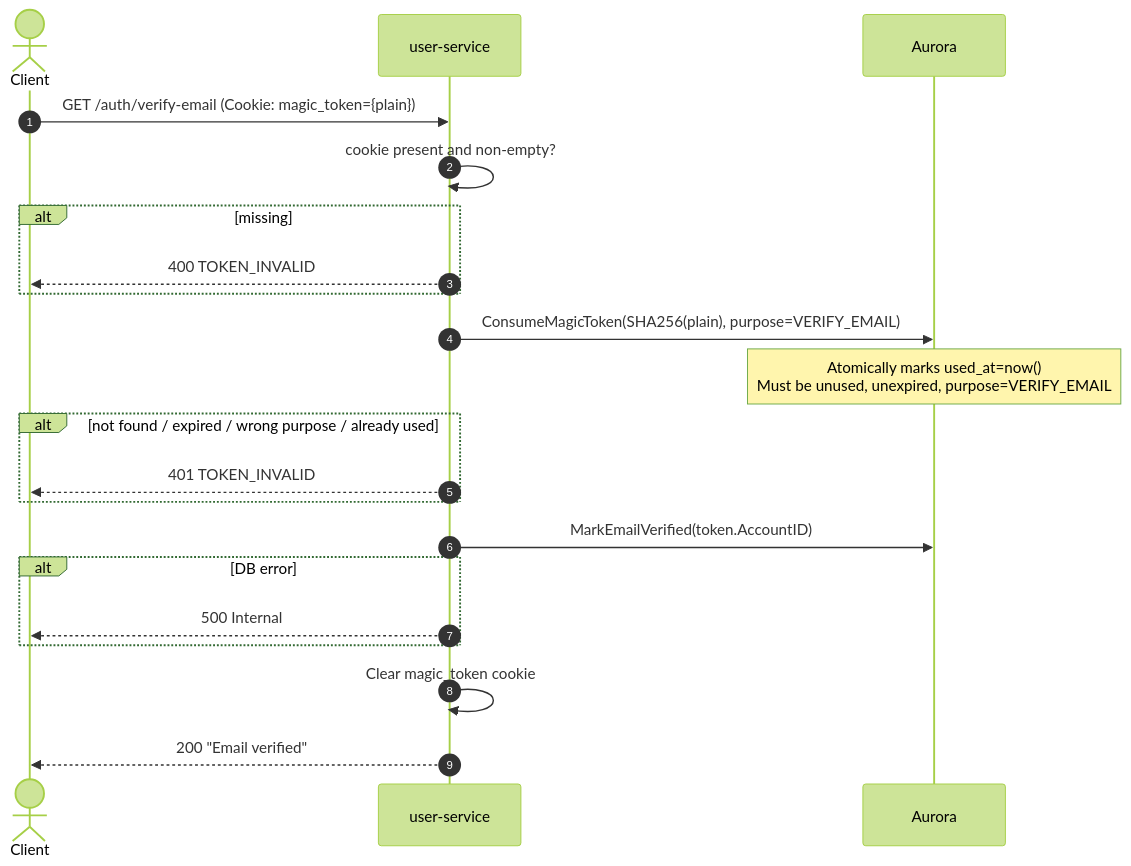
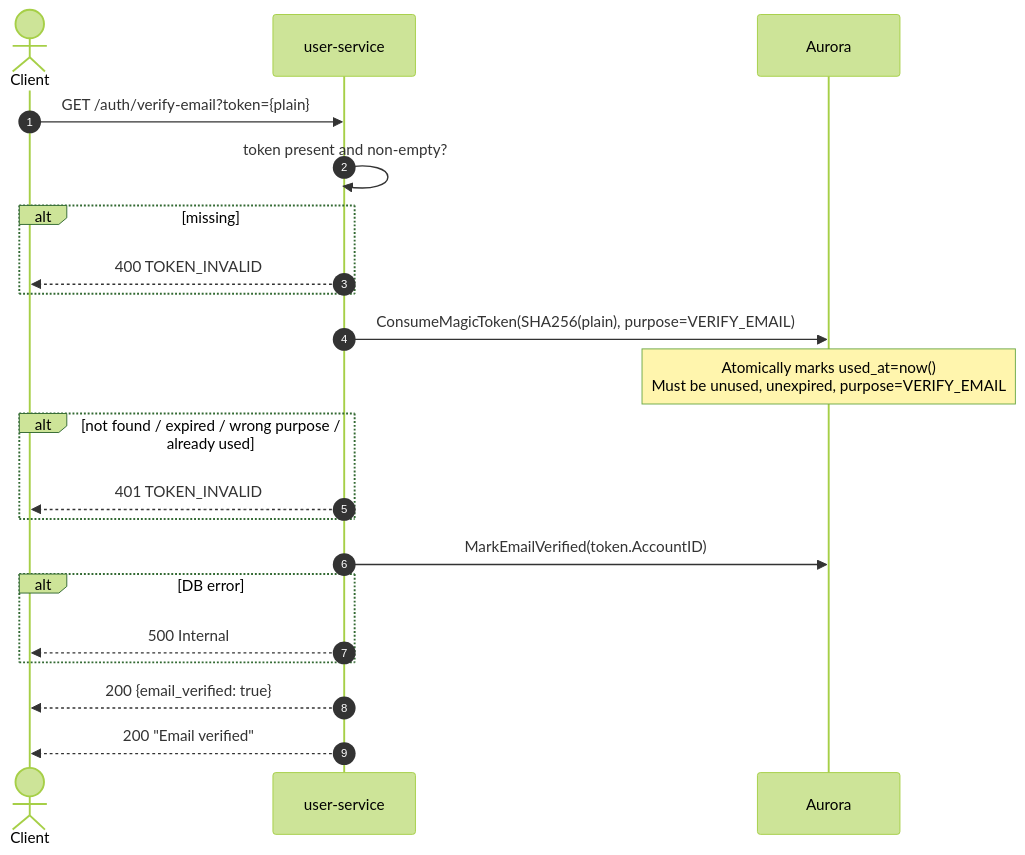
One commit to PTServerJanganTumbang-BookingTicket/be-rusuh-war-ticketing changed the diagram in docs/01-authentication/06-verify-email.md. Above: the diagram before and after it, drawn with Mermaid (forest theme). The commit also changed other lines of this file and 4 other files, not shown here.

First line of the commit message:
fix(user): verify-email reads the token from the query, and pin meta.server_time on every route

````diff
--- a/docs/01-authentication/06-verify-email.md
+++ b/docs/01-authentication/06-verify-email.md
@@ -33,27 +33,27 @@
 ```mermaid
 sequenceDiagram
     autonumber
     actor C as Client
     participant H as user-service
     participant DB as Aurora
 
-    C->>H: GET /auth/verify-email (Cookie: magic_token={plain})
-    H->>H: cookie present and non-empty?
+    C->>H: GET /auth/verify-email?token={plain}
+    H->>H: token present and non-empty?
     alt missing
         H-->>C: 400 TOKEN_INVALID
     end
 
     H->>DB: ConsumeMagicToken(SHA256(plain), purpose=VERIFY_EMAIL)
     note over DB: Atomically marks used_at=now()<br/>Must be unused, unexpired, purpose=VERIFY_EMAIL
     alt not found / expired / wrong purpose / already used
         H-->>C: 401 TOKEN_INVALID
     end
 
     H->>DB: MarkEmailVerified(token.AccountID)
     alt DB error
         H-->>C: 500 Internal
     end
 
-    H->>H: Clear magic_token cookie
+    H-->>C: 200 {email_verified: true}
     H-->>C: 200 "Email verified"
 ```
````
